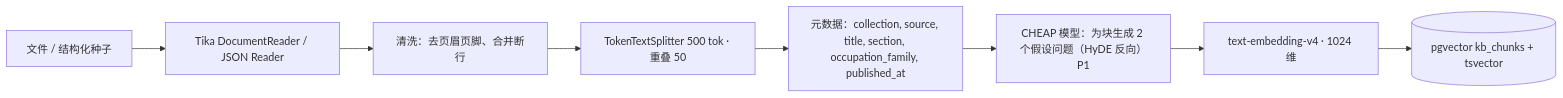
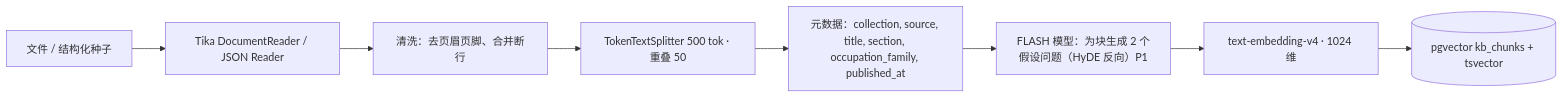
One commit to MAOsaikou/offerpilot changed the fourth of 5 diagrams in docs/04-AI技术方案.md. Above: the diagram before and after it, drawn with Mermaid. The commit also changed other lines of this file and 62 other files, not shown here.

````diff
--- a/docs/04-AI技术方案.md
+++ b/docs/04-AI技术方案.md
@@ -563,10 +514,10 @@
 ```mermaid
 flowchart LR
   Src[文件 / 结构化种子] --> Read[Tika DocumentReader / JSON Reader]
   Read --> Clean[清洗：去页眉页脚、合并断行]
   Clean --> Split[TokenTextSplitter 500 tok · 重叠 50]
   Split --> Meta[元数据：collection, source, title, section, occupation_family, published_at]
-  Meta --> Enrich[CHEAP 模型：为块生成 2 个假设问题（HyDE 反向）P1]
+  Meta --> Enrich[FLASH 模型：为块生成 2 个假设问题（HyDE 反向）P1]
   Enrich --> Embed[text-embedding-v4 · 1024 维]
   Embed --> Store[(pgvector kb_chunks + tsvector)]
 ```
````
